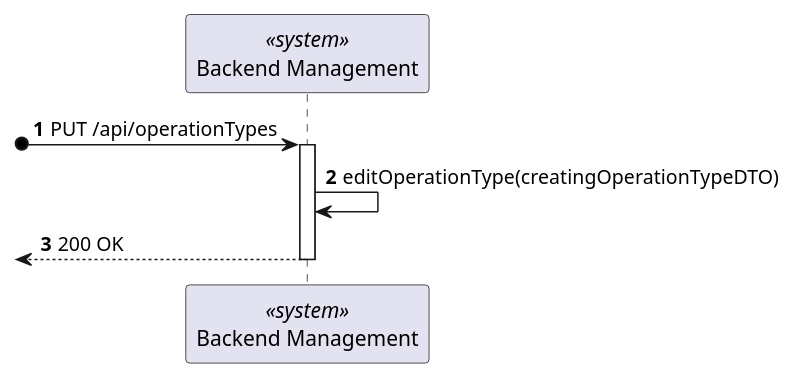
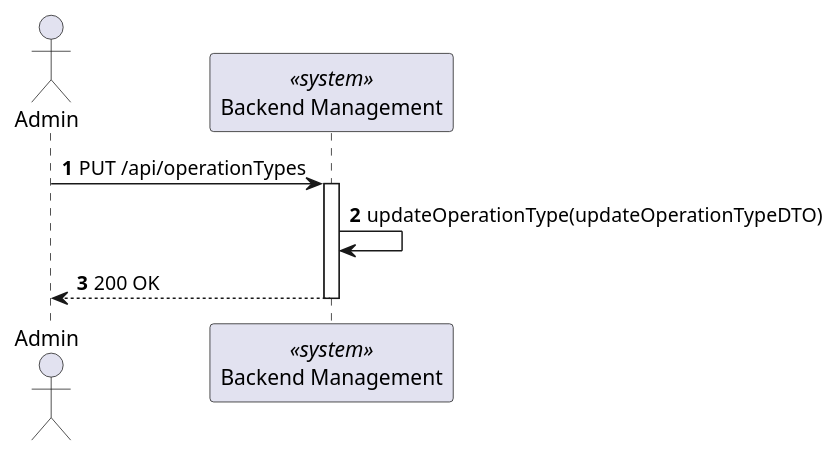
The diagram in docs/OperationTypeEdit/views/level2/process-view.puml (Lapr5G21/sem5pi-24-25-3ddg21), drawn with PlantUML before and after one commit. The commit also changed 11 other files, not shown here.

```diff
--- a/docs/OperationTypeEdit/views/level2/process-view.puml
+++ b/docs/OperationTypeEdit/views/level2/process-view.puml
@@ -1,14 +1,15 @@
 @startuml
 
 autonumber
+actor Admin as "Admin"
 participant SYS as "Backend Management" <<system>>
 
-?o-> SYS : PUT /api/operationTypes
+Admin-> SYS : PUT /api/operationTypes
 activate SYS
 
-SYS -> SYS : editOperationType(creatingOperationTypeDTO)
-<-- SYS : 200 OK
+SYS -> SYS : updateOperationType(updateOperationTypeDTO)
+Admin <-- SYS : 200 OK
 deactivate SYS
 
 
 @enduml
```
